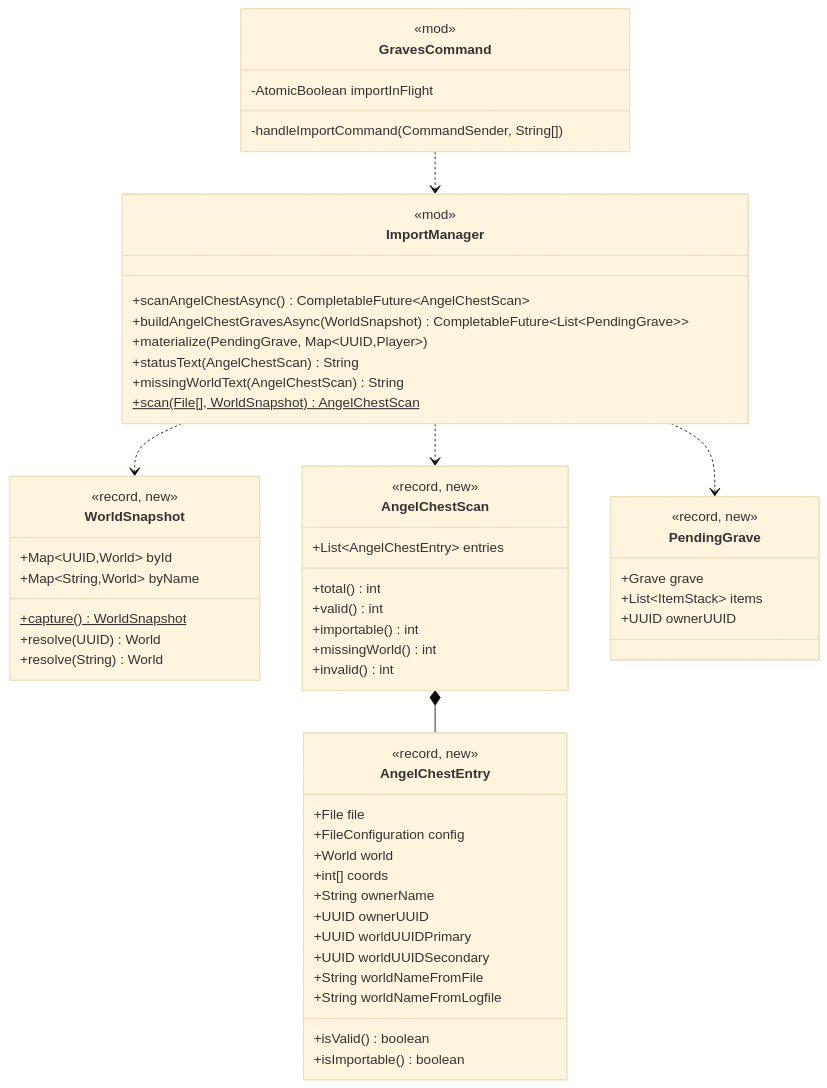
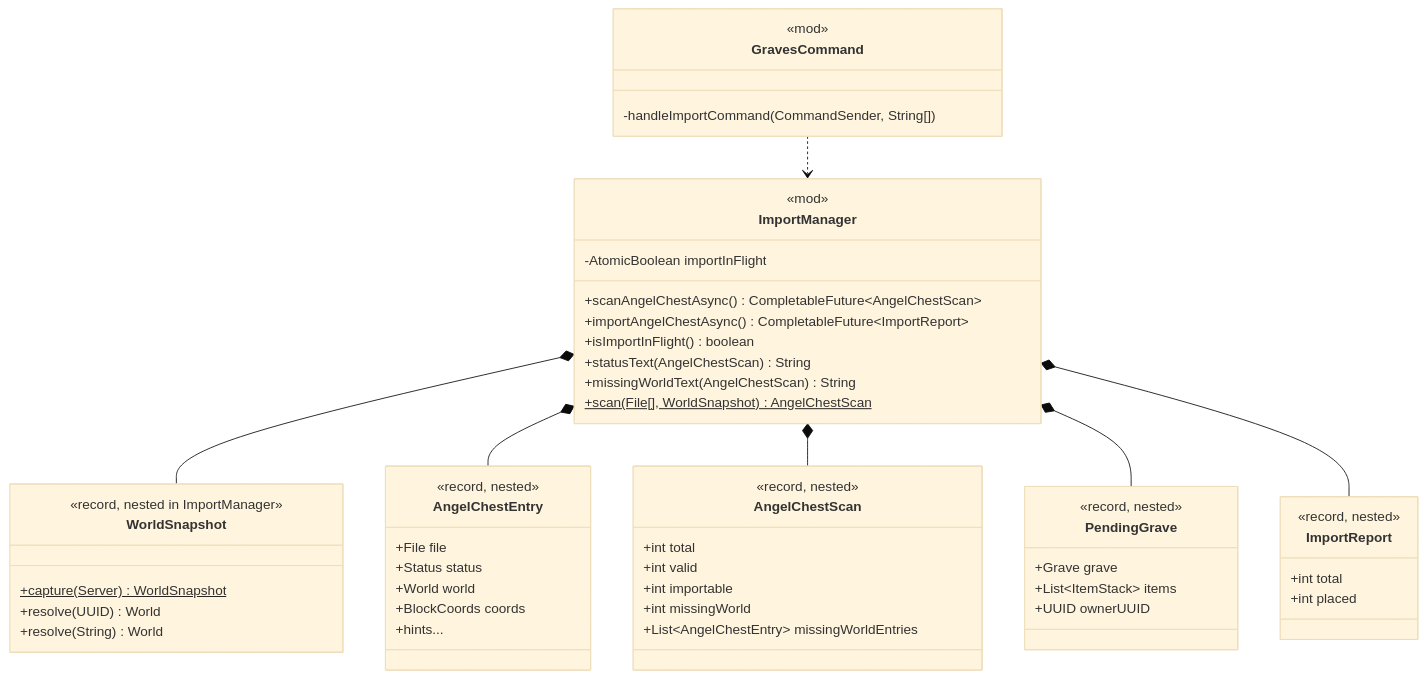
Before and after one commit to DiamondDagger590/gravesx: the third of 3 diagrams in docs/lld/performance/phase-1-main-thread-stall-remediation.md, drawn with Mermaid (base theme). The commit also changed other lines of this file, not shown here.

````diff
--- a/docs/lld/performance/phase-1-main-thread-stall-remediation.md
+++ b/docs/lld/performance/phase-1-main-thread-stall-remediation.md
@@ -236,66 +265,63 @@
 ```mermaid
 classDiagram
+    class ImportManager {
+        <<mod>>
+        -AtomicBoolean importInFlight
+        +scanAngelChestAsync() CompletableFuture~AngelChestScan~
+        +importAngelChestAsync() CompletableFuture~ImportReport~
+        +isImportInFlight() boolean
+        +statusText(AngelChestScan) String
+        +missingWorldText(AngelChestScan) String
+        +scan(File[], WorldSnapshot) AngelChestScan$
+    }
+
     class WorldSnapshot {
-        <<record, new>>
-        +Map~UUID,World~ byId
-        +Map~String,World~ byName
-        +capture() WorldSnapshot$
+        <<record, nested in ImportManager>>
+        +capture(Server) WorldSnapshot$
         +resolve(UUID) World
         +resolve(String) World
     }
 
     class AngelChestEntry {
-        <<record, new>>
+        <<record, nested>>
         +File file
-        +FileConfiguration config
+        +Status status
         +World world
-        +int[] coords
-        +String ownerName
-        +UUID ownerUUID
-        +UUID worldUUIDPrimary
-        +UUID worldUUIDSecondary
-        +String worldNameFromFile
-        +String worldNameFromLogfile
-        +isValid() boolean
-        +isImportable() boolean
+        +BlockCoords coords
+        +hints...
     }
 
     class AngelChestScan {
-        <<record, new>>
-        +List~AngelChestEntry~ entries
-        +total() int
-        +valid() int
-        +importable() int
-        +missingWorld() int
-        +invalid() int
+        <<record, nested>>
+        +int total
+        +int valid
+        +int importable
+        +int missingWorld
+        +List~AngelChestEntry~ missingWorldEntries
     }
 
     class PendingGrave {
-        <<record, new>>
+        <<record, nested>>
         +Grave grave
         +List~ItemStack~ items
         +UUID ownerUUID
     }
 
-    class ImportManager {
-        <<mod>>
-        +scanAngelChestAsync() CompletableFuture~AngelChestScan~
-        +buildAngelChestGravesAsync(WorldSnapshot) CompletableFuture~List~PendingGrave~~
-        +materialize(PendingGrave, Map~UUID,Player~)
-        +statusText(AngelChestScan) String
-        +missingWorldText(AngelChestScan) String
-        +scan(File[], WorldSnapshot) AngelChestScan$
+    class ImportReport {
+        <<record, nested>>
+        +int total
+        +int placed
     }
 
     class GravesCommand {
         <<mod>>
         -handleImportCommand(CommandSender, String[])
-        -AtomicBoolean importInFlight
     }
 
-    ImportManager ..> WorldSnapshot
-    ImportManager ..> AngelChestScan
-    AngelChestScan *-- AngelChestEntry
-    ImportManager ..> PendingGrave
+    ImportManager *-- WorldSnapshot
+    ImportManager *-- AngelChestEntry
+    ImportManager *-- AngelChestScan
+    ImportManager *-- PendingGrave
+    ImportManager *-- ImportReport
     GravesCommand ..> ImportManager
 ```
````
